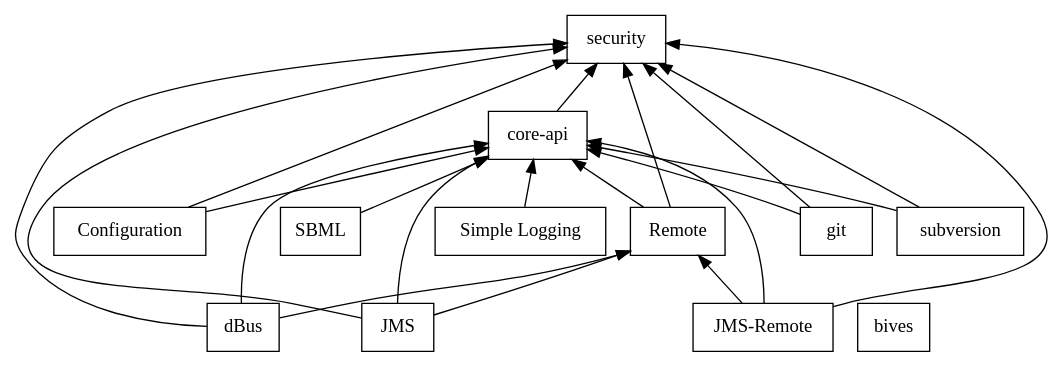
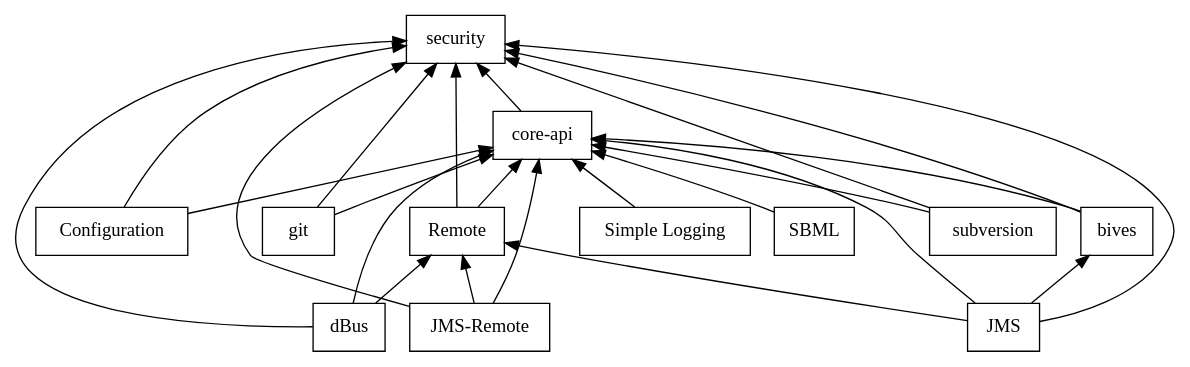
One commit to rfaelens/jummp changed the diagram in documentation/plugin-dependency.dot. Above: the diagram before and after it, drawn with Graphviz.

Commit message:
Document dependencies of bives plugin

```diff
--- a/documentation/plugin-dependency.dot
+++ b/documentation/plugin-dependency.dot
@@ -1,49 +1,55 @@
 digraph PluginDependencies {
 rankdir=BT;
 
     node [shape=box];
     color=white;
 
     // without dependencies
     "security" [label=security];
-    "bives" [label=bives];
 
     // plugins depending security
     "coreApi"[label="core-api"];
     "coreApi" -> "security";
 
     // plugins depending core-api
     "simpleLogging" [label="Simple Logging"];
     "sbml" [label="SBML"];
     "sbml" -> "coreApi";
     "simpleLogging" -> "coreApi";
 
     // plugins depending core-api and security
     "conf" [label="Configuration"];
     "remote" [label="Remote"];
     "git" [label="git"];
     "svn" [label="subversion"];
+    "bives" [label=bives];
     "conf" -> "coreApi";
     "conf" -> "security";
     "remote" -> "coreApi";
     "remote" -> "security";
     "git" -> "coreApi";
     "git" -> "security";
     "svn" -> "coreApi";
     "svn" -> "security";
+    "bives" -> "coreApi";
+    "bives" -> "security";
 
     // plugins depending core-api, security and remote
     "dbus" [label=dBus];
-    "jms" [label=JMS];
     "jmsRemote" [label="JMS-Remote"];
 
     "dbus" -> "coreApi";
     "dbus" -> "security";
     "dbus" -> "remote";
+    "jmsRemote" -> "coreApi";
+    "jmsRemote" -> "security";
+    "jmsRemote" -> "remote";
+
+    // plugins depending core-api, security, remote and bives
+    "jms" [label=JMS];
     "jms" -> "coreApi";
     "jms" -> "security";
     "jms" -> "remote";
-    "jmsRemote" -> "coreApi";
-    "jmsRemote" -> "security";
-    "jmsRemote" -> "remote";
+    "jms" -> "bives";
+    
 }
```
